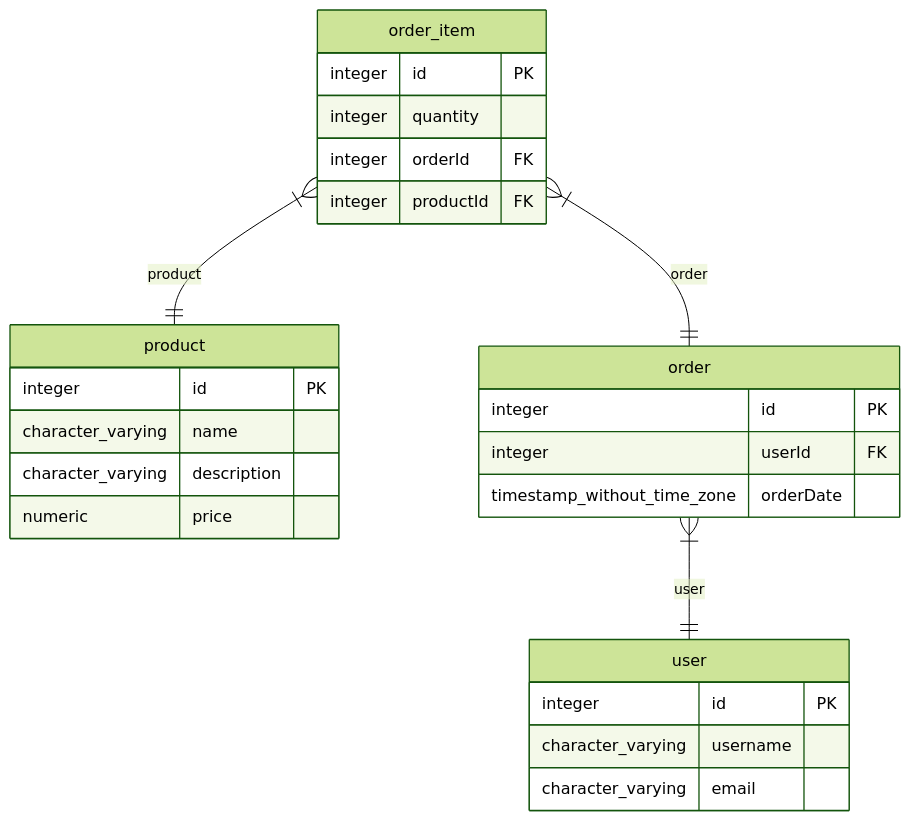
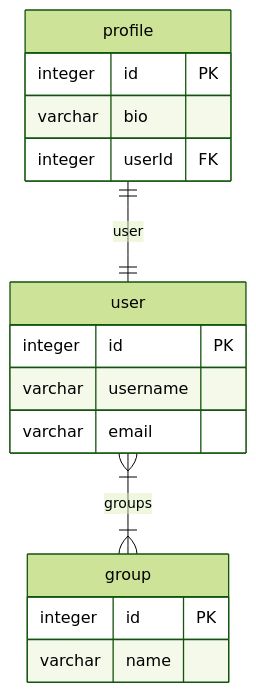
One commit to hermin9804/typeorm-markdown-generator changed the second of 3 diagrams in test/test-nestjs-app/docs/postgres-erd.md. Above: the diagram before and after it, drawn with Mermaid (forest theme). The commit also changed other lines of this file and 5 other files, not shown here.

````diff
--- a/test/test-nestjs-app/docs/postgres-erd.md
+++ b/test/test-nestjs-app/docs/postgres-erd.md
@@ -117,28 +75,19 @@
 ```mermaid
 erDiagram
-  product {
+  profile {
     integer id PK
-    character_varying name
-    character_varying description
-    numeric price
+    varchar bio
+    integer userId FK
   }
-  order_item {
+  group {
     integer id PK
-    integer quantity
-    integer orderId FK
-    integer productId FK
-  }
-  order {
-    integer id PK
-    integer userId FK
-    timestamp_without_time_zone orderDate
+    varchar name
   }
   user {
     integer id PK
-    character_varying username
-    character_varying email
+    varchar username
+    varchar email
   }
-  order_item }|--|| order: order
-  order_item }|--|| product: product
-  order }|--|| user: user
+  profile ||--|| user: user
+  user }|--|{ group: groups
 ```
````
